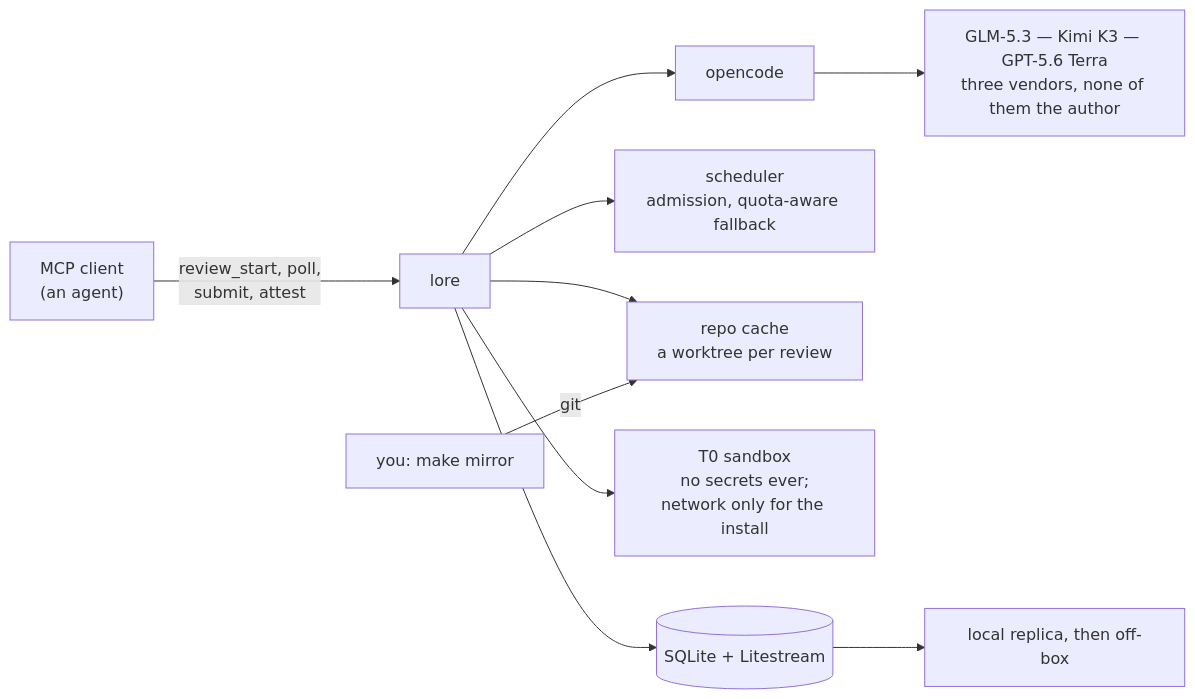
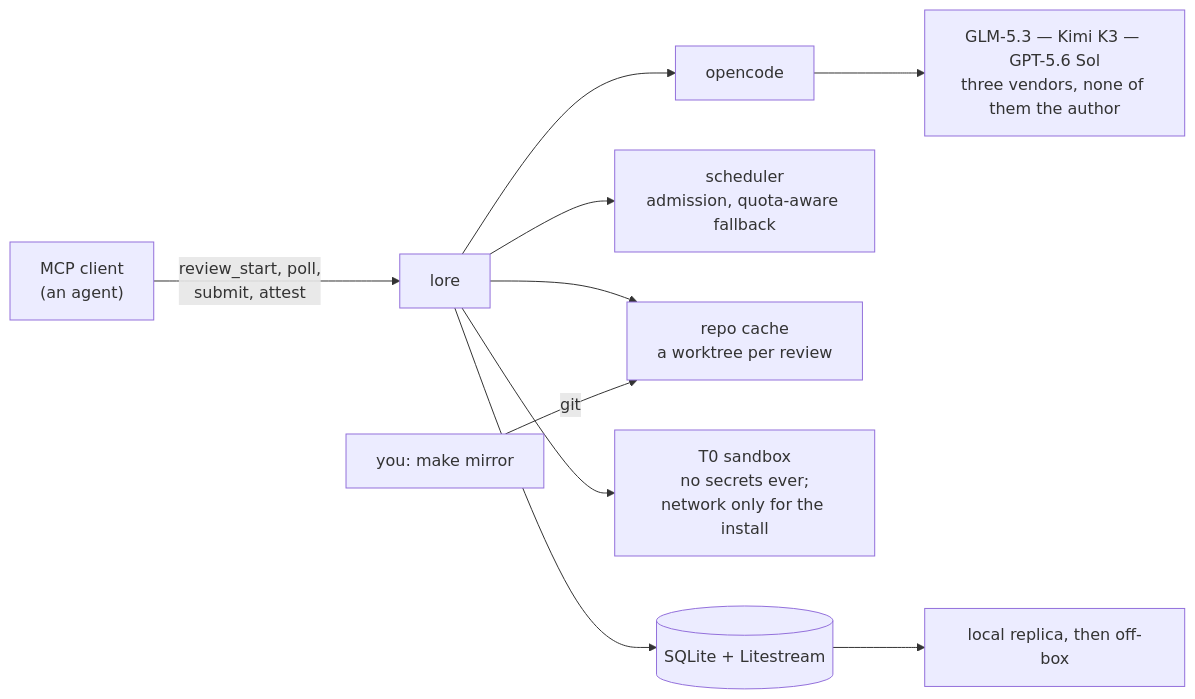
Before and after one commit to Vany/lore: the third of 3 diagrams in README.md, drawn with Mermaid. The commit also changed other lines of this file and 2 other files, not shown here.

````diff
--- a/README.md
+++ b/README.md
@@ -360,11 +360,11 @@
 ```mermaid
 flowchart LR
     C["MCP client<br/>(an agent)"] -->|"review_start, poll,<br/>submit, attest"| L["lore"]
-    L --> OC["opencode"] --> M["GLM-5.3 — Kimi K3 — GPT-5.6 Terra<br/>three vendors, none of them the author"]
+    L --> OC["opencode"] --> M["GLM-5.3 — Kimi K3 — GPT-5.6 Sol<br/>three vendors, none of them the author"]
     L --> S["scheduler<br/>admission, quota-aware fallback"]
     L --> W["repo cache<br/>a worktree per review"]
     L --> T0["T0 sandbox<br/>no secrets ever;<br/>network only for the install"]
     L --> DB[("SQLite + Litestream")]
     DB --> RP["local replica, then off-box"]
     YOU["you: make mirror"] -->|"git"| W
 ```
````
